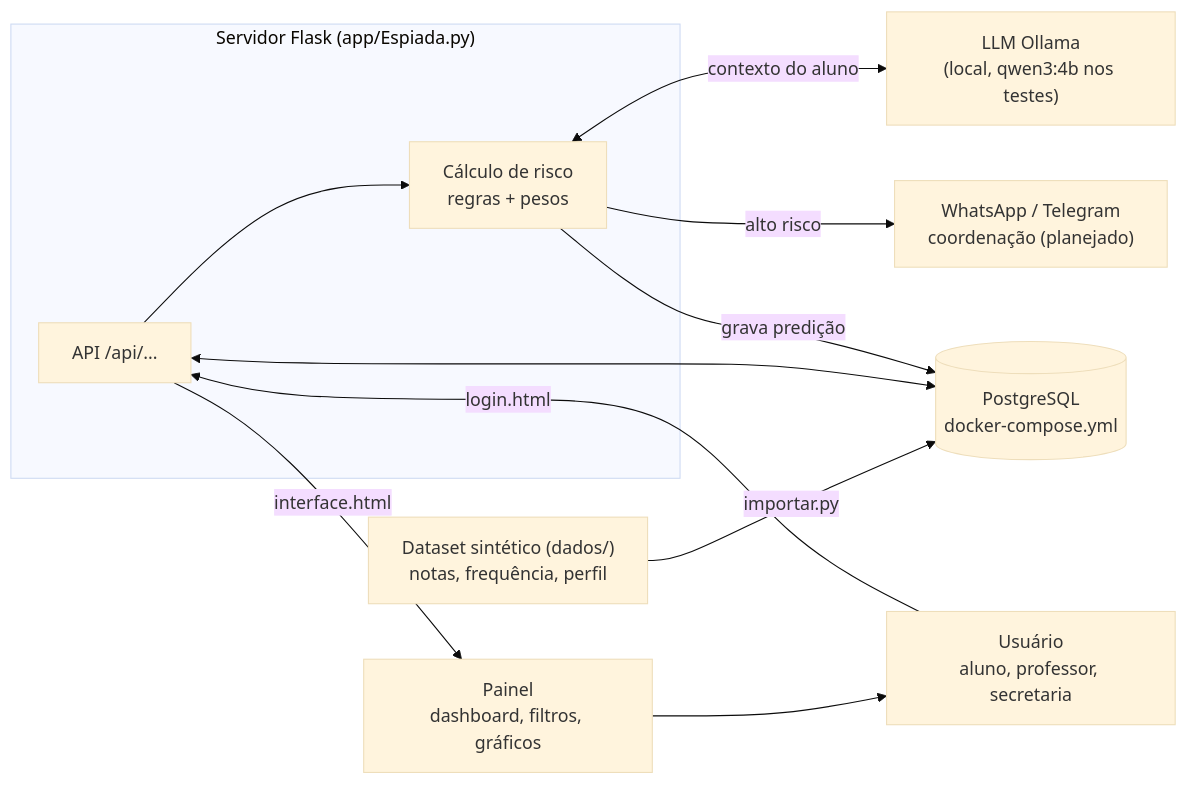
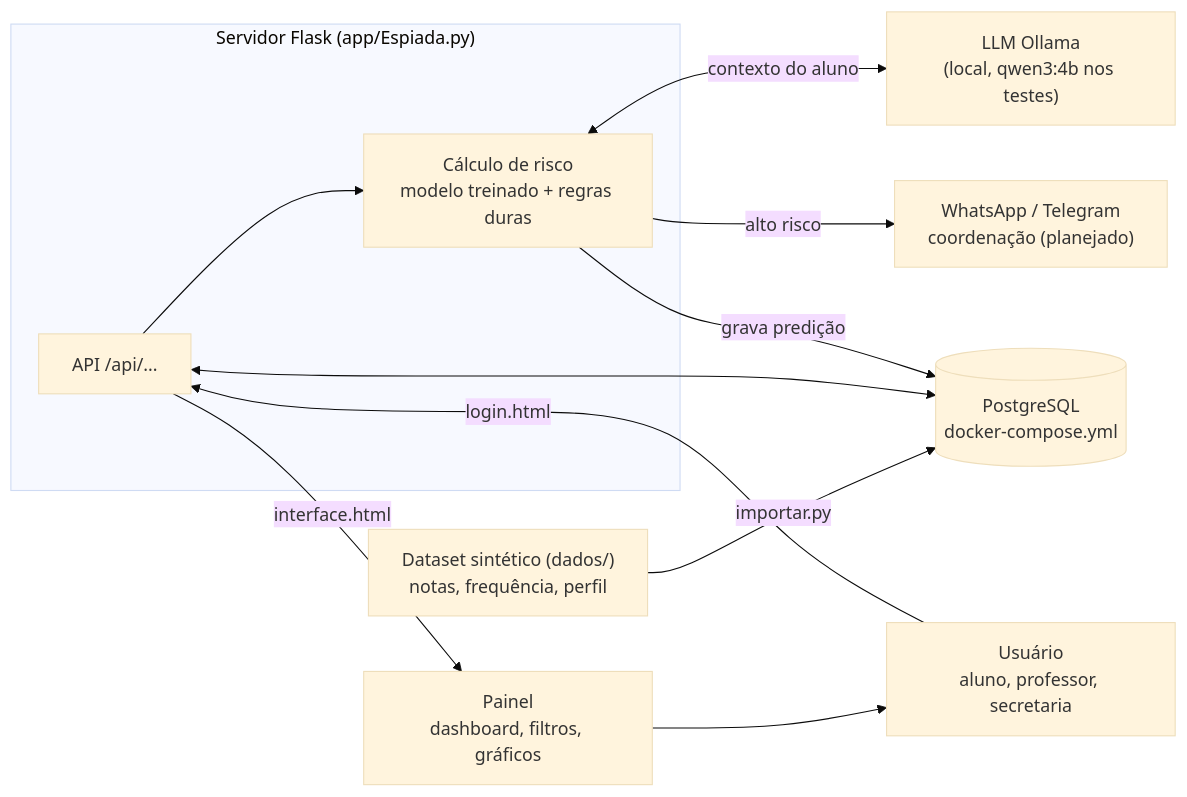
Before and after one commit to DiegoGDutra/Projeto-Espiada: the first of 4 diagrams in readme.md, drawn with Mermaid (base theme). The commit also changed other lines of this file and 15 other files, not shown here.

Commit message:
implementação de treinamento do modelo preditivo, porcentagem de risco

````diff
--- a/readme.md
+++ b/readme.md
@@ -231,16 +269,16 @@
 ```mermaid
 flowchart LR
     AVA["Dataset sintético (dados/)<br/>notas, frequência, perfil"] -->|importar.py| DB
     subgraph Servidor["Servidor Flask (app/Espiada.py)"]
         API["API /api/..."]
-        CALC["Cálculo de risco<br/>regras + pesos"]
+        CALC["Cálculo de risco<br/>modelo treinado + regras duras"]
         API --> CALC
     end
     API <--> DB[("PostgreSQL<br/>docker-compose.yml")]
     CALC <-->|contexto do aluno| LLM["LLM Ollama<br/>(local, qwen3:4b nos testes)"]
     CALC -->|grava predição| DB
     CALC -->|alto risco| NOTIF["WhatsApp / Telegram<br/>coordenação (planejado)"]
     U["Usuário<br/>aluno, professor, secretaria"] -->|login.html| API
     API -->|interface.html| PAINEL["Painel<br/>dashboard, filtros, gráficos"]
     PAINEL --> U
 ```
````
